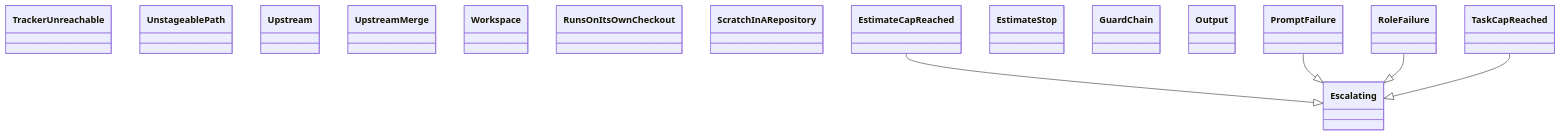
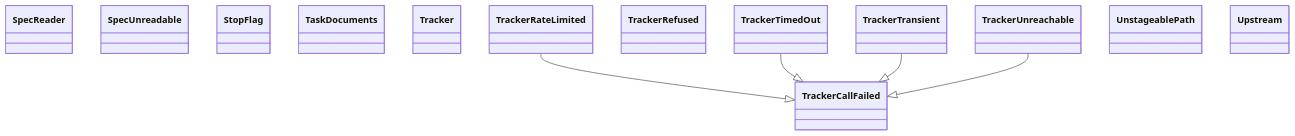
Before and after one commit to GonzaloZevallos/agentic-system: the diagram in docs/architecture/generated/classes-process-application-support-6.md, drawn with Mermaid. The commit also changed other lines of this file and 43 other files, not shown here.

````diff
--- a/docs/architecture/generated/classes-process-application-support-6.md
+++ b/docs/architecture/generated/classes-process-application-support-6.md
@@ -18,22 +19,20 @@
 ```mermaid
 classDiagram
+    class ports__SpecReader["SpecReader"]
+    class ports__SpecUnreadable["SpecUnreadable"]
+    class ports__StopFlag["StopFlag"]
+    class ports__TaskDocuments["TaskDocuments"]
+    class ports__Tracker["Tracker"]
+    class ports__TrackerCallFailed["TrackerCallFailed"]
+    class ports__TrackerRateLimited["TrackerRateLimited"]
+    class ports__TrackerRefused["TrackerRefused"]
+    class ports__TrackerTimedOut["TrackerTimedOut"]
+    class ports__TrackerTransient["TrackerTransient"]
     class ports__TrackerUnreachable["TrackerUnreachable"]
     class ports__UnstageablePath["UnstageablePath"]
     class ports__Upstream["Upstream"]
-    class ports__UpstreamMerge["UpstreamMerge"]
-    class ports__Workspace["Workspace"]
-    class preflight__RunsOnItsOwnCheckout["RunsOnItsOwnCheckout"]
-    class preflight__ScratchInARepository["ScratchInARepository"]
-    class run_role__Escalating["Escalating"]
-    class run_role__EstimateCapReached["EstimateCapReached"]
-    class run_role__EstimateStop["EstimateStop"]
-    class run_role__GuardChain["GuardChain"]
-    class run_role__Output["Output"]
-    class run_role__PromptFailure["PromptFailure"]
-    class run_role__RoleFailure["RoleFailure"]
-    class run_role__TaskCapReached["TaskCapReached"]
-    run_role__EstimateCapReached --|> run_role__Escalating
-    run_role__PromptFailure --|> run_role__Escalating
-    run_role__RoleFailure --|> run_role__Escalating
-    run_role__TaskCapReached --|> run_role__Escalating
+    ports__TrackerRateLimited --|> ports__TrackerCallFailed
+    ports__TrackerTimedOut --|> ports__TrackerCallFailed
+    ports__TrackerTransient --|> ports__TrackerCallFailed
+    ports__TrackerUnreachable --|> ports__TrackerCallFailed
 ```
````
